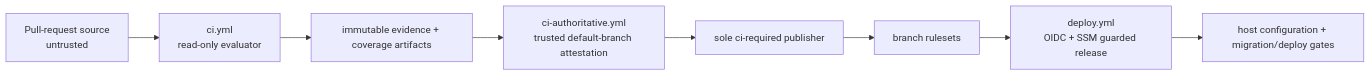
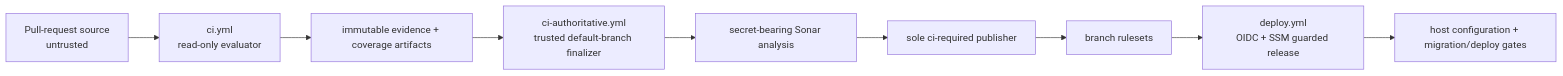
Before and after one commit to prateek-sinha7/IdeaFlowAI: the fifth of 16 diagrams in .knowledge/ARCHITECTURE.md, drawn with Mermaid. The commit also changed other lines of this file and 2668 other files, not shown here.

````diff
--- a/.knowledge/ARCHITECTURE.md
+++ b/.knowledge/ARCHITECTURE.md
@@ -220,10 +220,11 @@
 ```mermaid
 flowchart LR
   pr["Pull-request source\nuntrusted"] --> evaluator["ci.yml\nread-only evaluator"]
   evaluator --> evidence["immutable evidence + coverage artifacts"]
-  evidence --> finalizer["ci-authoritative.yml\ntrusted default-branch attestation"]
-  finalizer --> status["sole ci-required publisher"]
+  evidence --> finalizer["ci-authoritative.yml\ntrusted default-branch finalizer"]
+  finalizer --> sonar["secret-bearing Sonar analysis"]
+  sonar --> status["sole ci-required publisher"]
   status --> rules["branch rulesets"]
   rules --> deploy["deploy.yml\nOIDC + SSM guarded release"]
   deploy --> host["host configuration + migration/deploy gates"]
 ```
````
